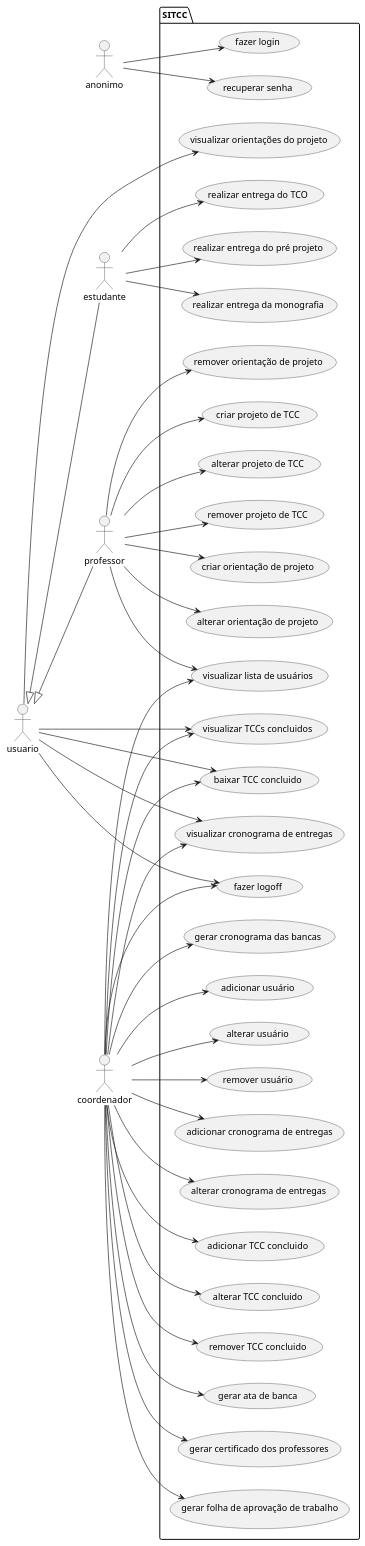
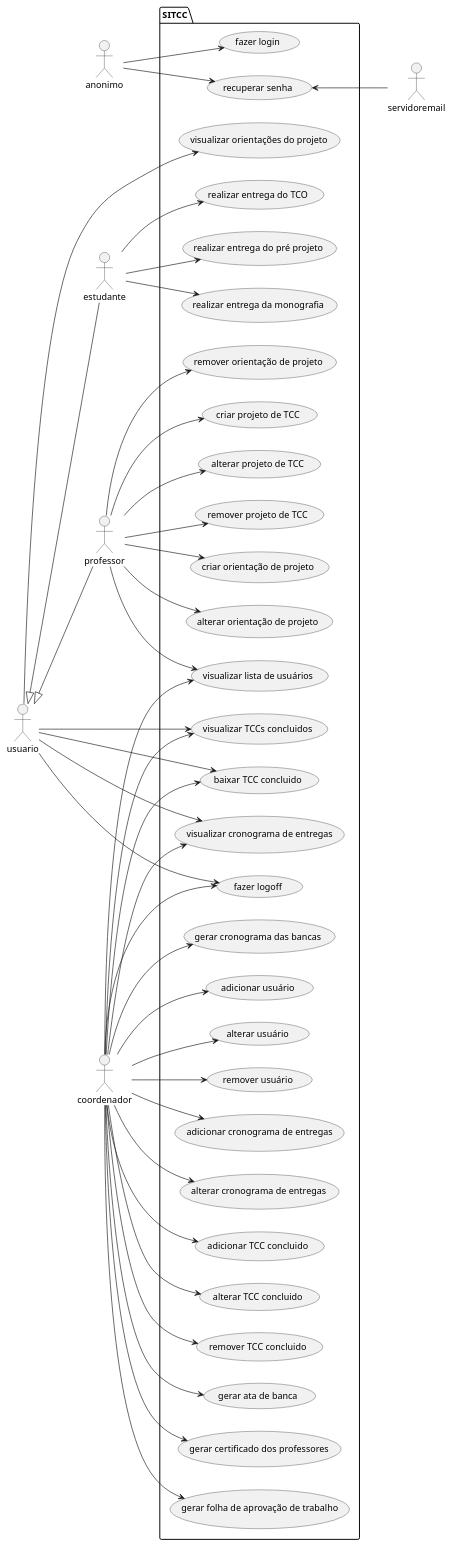
The diagram in reqs.md (EngProjTCC/SITCC), drawn with PlantUML before and after one commit.

````diff
--- a/reqs.md
+++ b/reqs.md
@@ -21,6 +21,8 @@
 ```plantuml
 @startuml
 left to right direction
+
+actor servidoremail as s
 actor anonimo as a
 actor usuario as u
 actor estudante as e
@@ -62,6 +64,7 @@
   usecase "gerar cronograma das bancas" as UC29
   
 }
+UC01 <-- s
 a --> UC01
 a --> UC02
 u --> UC03
````
